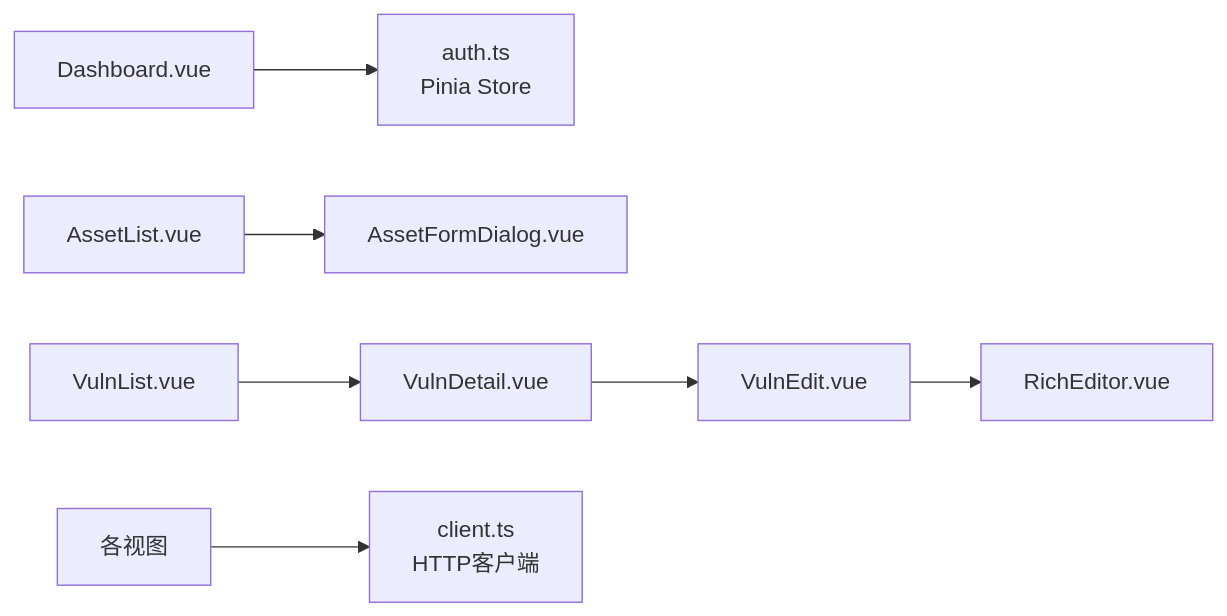
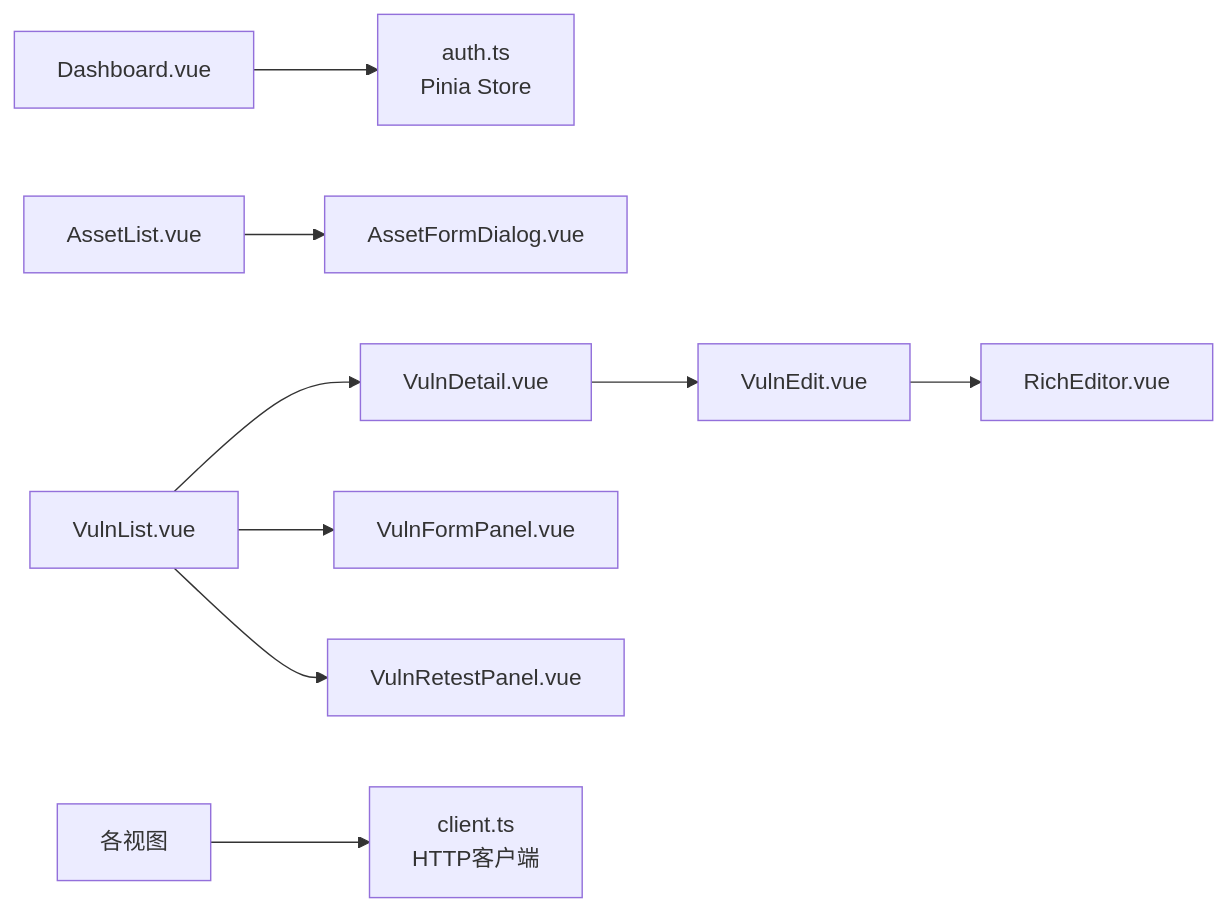
The fifth of 6 diagrams in .qoder/repowiki/zh/content/前端组件/前端组件.md (vu1Art1st/talos), drawn with Mermaid before and after one commit. The commit also changed other lines of this file and 129 other files, not shown here.

````diff
--- a/.qoder/repowiki/zh/content/前端组件/前端组件.md
+++ b/.qoder/repowiki/zh/content/前端组件/前端组件.md
@@ -232,9 +301,11 @@
 ```mermaid
 graph LR
 Dashboard["Dashboard.vue"] --> Store["auth.ts<br/>Pinia Store"]
 AssetList["AssetList.vue"] --> Dialog["AssetFormDialog.vue"]
 VulnList["VulnList.vue"] --> Detail["VulnDetail.vue"]
 Detail --> Edit["VulnEdit.vue"]
 Edit --> Editor["RichEditor.vue"]
+VulnList --> VulnForm["VulnFormPanel.vue"]
+VulnList --> Retest["VulnRetestPanel.vue"]
 AllViews["各视图"] --> API["client.ts<br/>HTTP客户端"]
 ```
````
